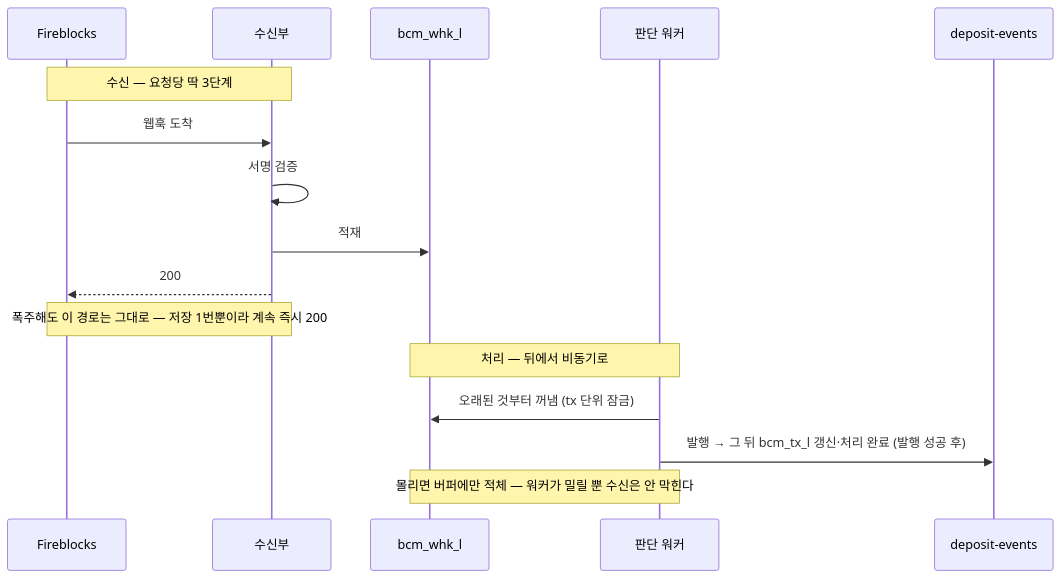
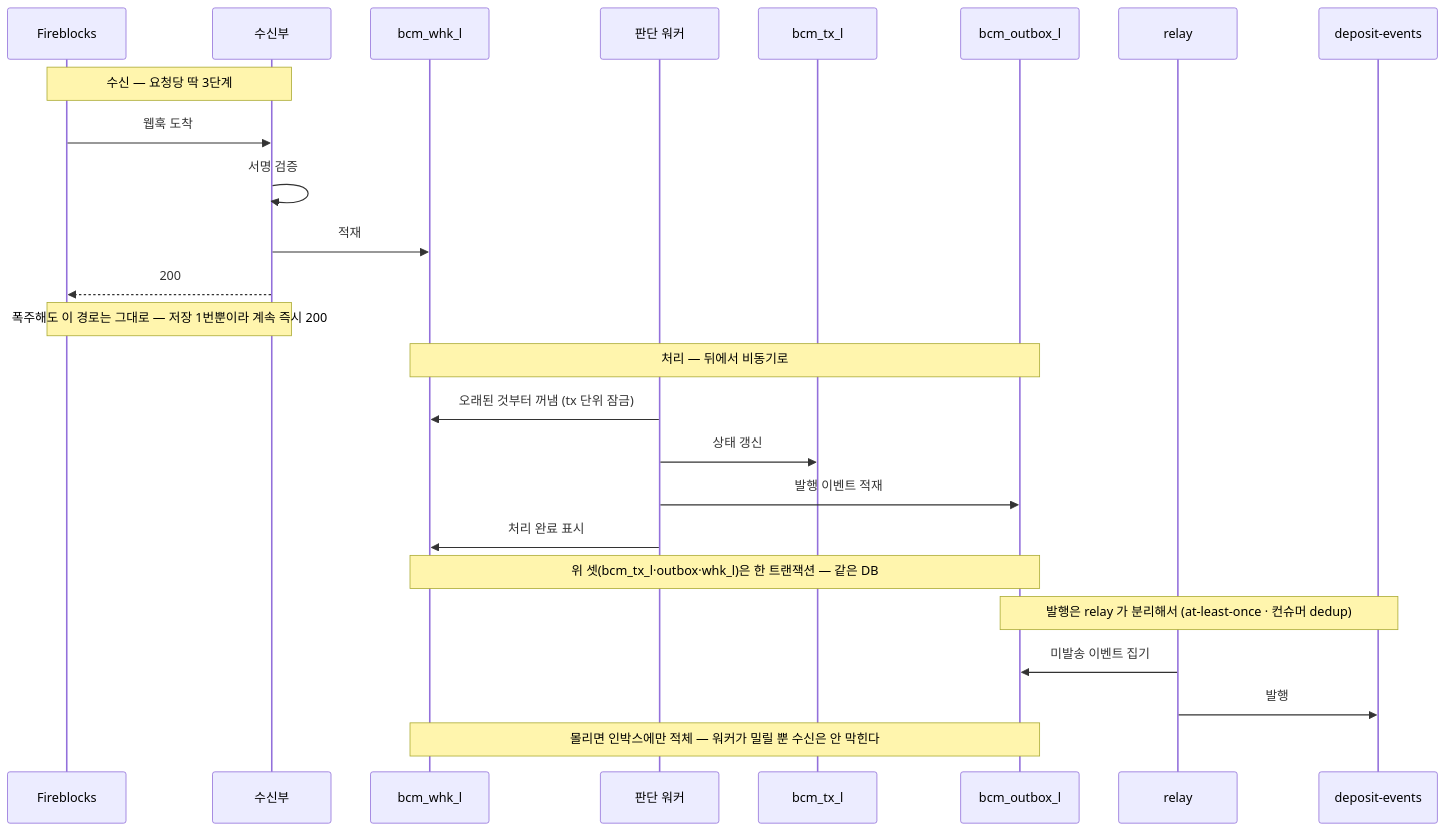
Before and after one commit to eunsujeo/eunpus: the first of 4 diagrams in blockchain-manager/docs/BC/설계/99-detection-detail.md, drawn with Mermaid. The commit also changed other lines of this file and 4 other files, not shown here.

````diff
--- a/blockchain-manager/docs/BC/설계/99-detection-detail.md
+++ b/blockchain-manager/docs/BC/설계/99-detection-detail.md
@@ -39,20 +41,29 @@
 ```mermaid
 sequenceDiagram
   participant F as Fireblocks
   participant R as 수신부
   participant B as bcm_whk_l
   participant W as 판단 워커
+  participant T as bcm_tx_l
+  participant O as bcm_outbox_l
+  participant L as relay
   participant Q as deposit-events
 
   Note over F,R: 수신 — 요청당 딱 3단계
   F->>R: 웹훅 도착
   R->>R: 서명 검증
   R->>B: 적재
   R-->>F: 200
   Note over F,R: 폭주해도 이 경로는 그대로 — 저장 1번뿐이라 계속 즉시 200
 
-  Note over B,W: 처리 — 뒤에서 비동기로
+  Note over B,O: 처리 — 뒤에서 비동기로
   W->>B: 오래된 것부터 꺼냄 (tx 단위 잠금)
-  W->>Q: 발행 → 그 뒤 bcm_tx_l 갱신·처리 완료 (발행 성공 후)
-  Note over B,W: 몰리면 버퍼에만 적체 — 워커가 밀릴 뿐 수신은 안 막힌다
+  W->>T: 상태 갱신
+  W->>O: 발행 이벤트 적재
+  W->>B: 처리 완료 표시
+  Note over B,O: 위 셋(bcm_tx_l·outbox·whk_l)은 한 트랜잭션 — 같은 DB
+  Note over O,Q: 발행은 relay 가 분리해서 (at-least-once · 컨슈머 dedup)
+  L->>O: 미발송 이벤트 집기
+  L->>Q: 발행
+  Note over B,O: 몰리면 인박스에만 적체 — 워커가 밀릴 뿐 수신은 안 막힌다
 ```
````
